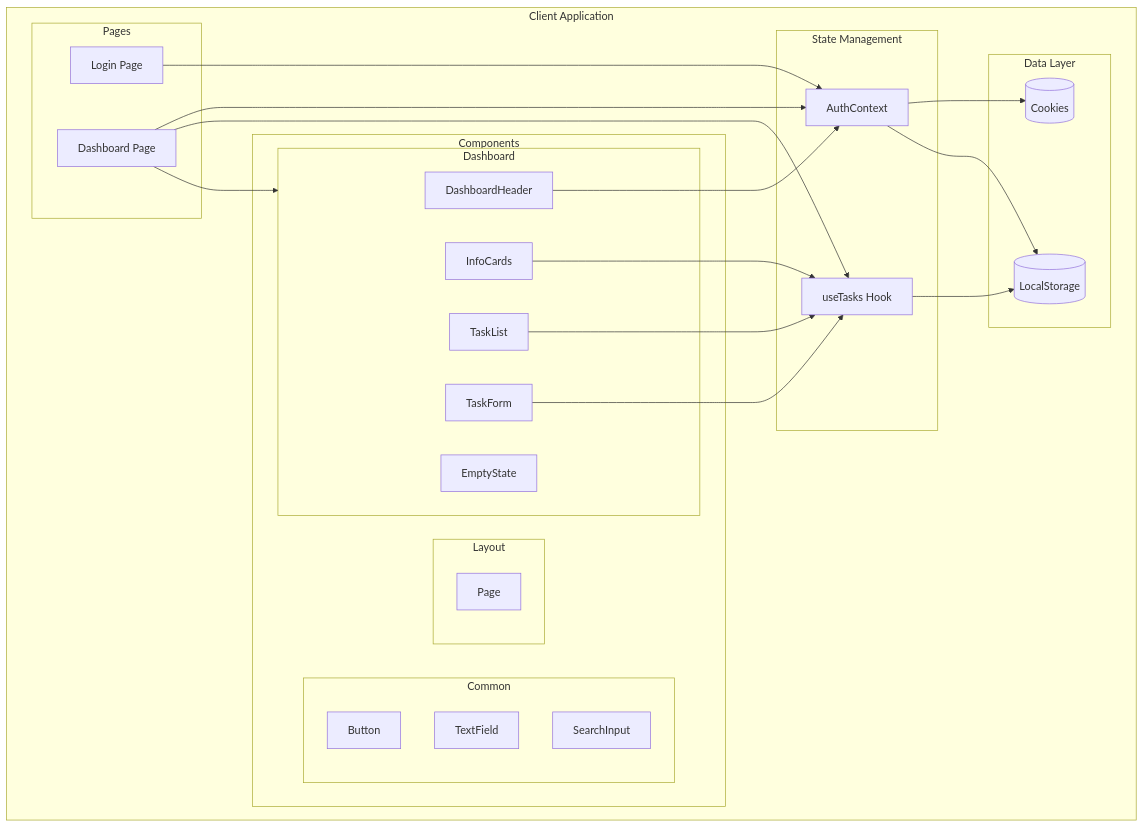
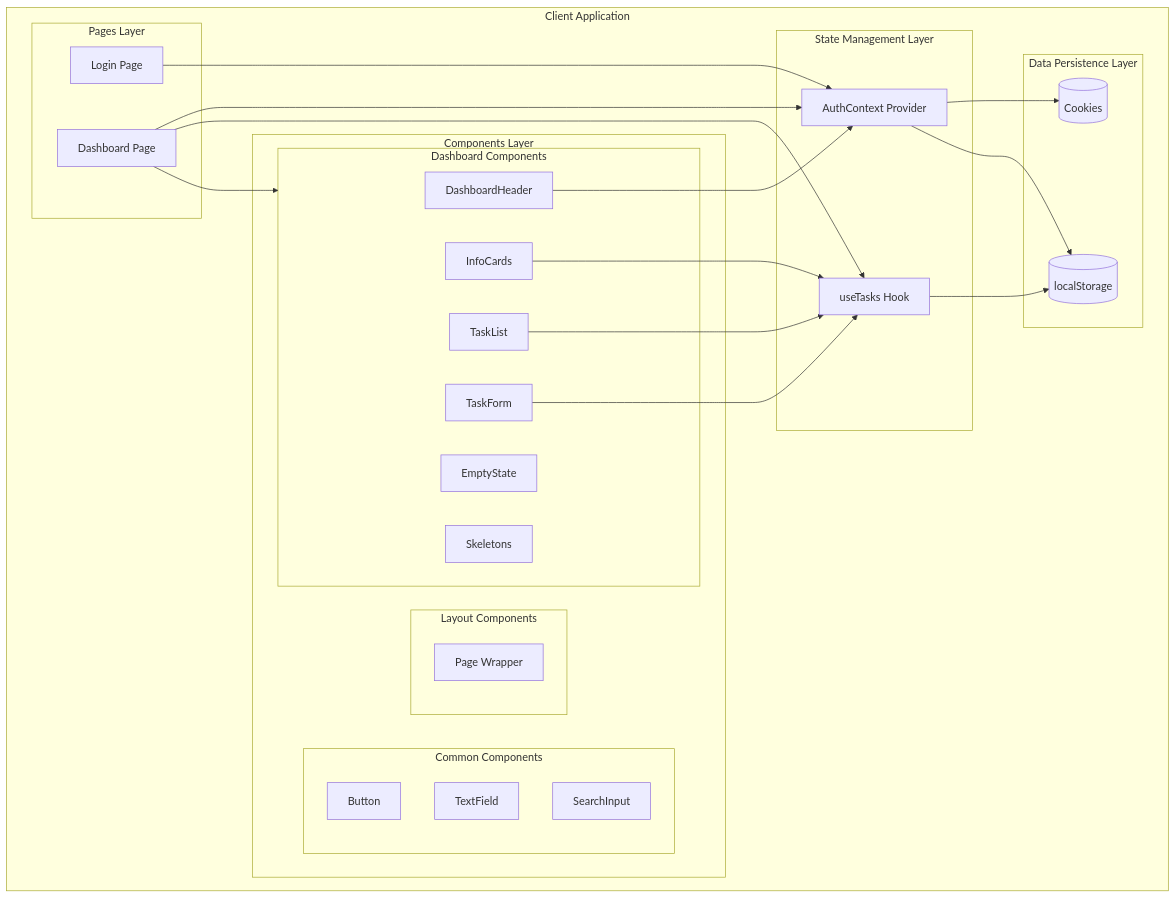
Before and after one commit to suhesnabasu/tdcx-task-dashboard: the first of 3 diagrams in README.md, drawn with Mermaid. The commit also changed other lines of this file and 17 other files, not shown here.

````diff
--- a/README.md
+++ b/README.md
@@ -21,53 +132,54 @@
 ```mermaid
 flowchart TB
     subgraph Client["Client Application"]
-        subgraph Pages["Pages"]
+        subgraph Pages["Pages Layer"]
             Login[Login Page]
             Dashboard[Dashboard Page]
         end
         
-        subgraph Components["Components"]
-            subgraph Common["Common"]
+        subgraph Components["Components Layer"]
+            subgraph Common["Common Components"]
                 Button[Button]
                 TextField[TextField]
                 SearchInput[SearchInput]
             end
             
-            subgraph DashboardComponents["Dashboard"]
+            subgraph DashboardComponents["Dashboard Components"]
                 DashboardHeader[DashboardHeader]
                 InfoCards[InfoCards]
                 TaskList[TaskList]
                 TaskForm[TaskForm]
                 EmptyState[EmptyState]
+                Skeletons[Skeletons]
             end
             
-            subgraph Layout["Layout"]
-                Page[Page]
+            subgraph Layout["Layout Components"]
+                Page[Page Wrapper]
             end
         end
         
-        subgraph State["State Management"]
-            AuthContext[AuthContext]
+        subgraph State["State Management Layer"]
+            AuthContext[AuthContext Provider]
             useTasks[useTasks Hook]
         end
         
-        subgraph Storage["Data Layer"]
-            LocalStorage[(LocalStorage)]
+        subgraph Storage["Data Persistence Layer"]
+            LocalStorage[(localStorage)]
             Cookies[(Cookies)]
         end
     end
     
     Login --> AuthContext
     Dashboard --> AuthContext
     Dashboard --> useTasks
     Dashboard --> DashboardComponents
     
     AuthContext --> Cookies
     AuthContext --> LocalStorage
     useTasks --> LocalStorage
     
     DashboardHeader --> AuthContext
     InfoCards --> useTasks
     TaskList --> useTasks
     TaskForm --> useTasks
 ```
````
